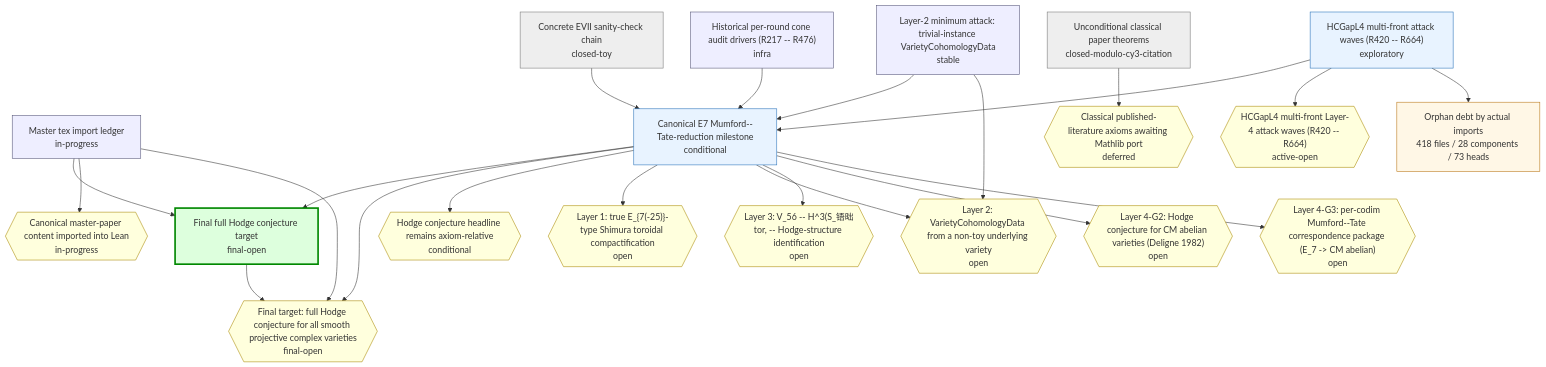
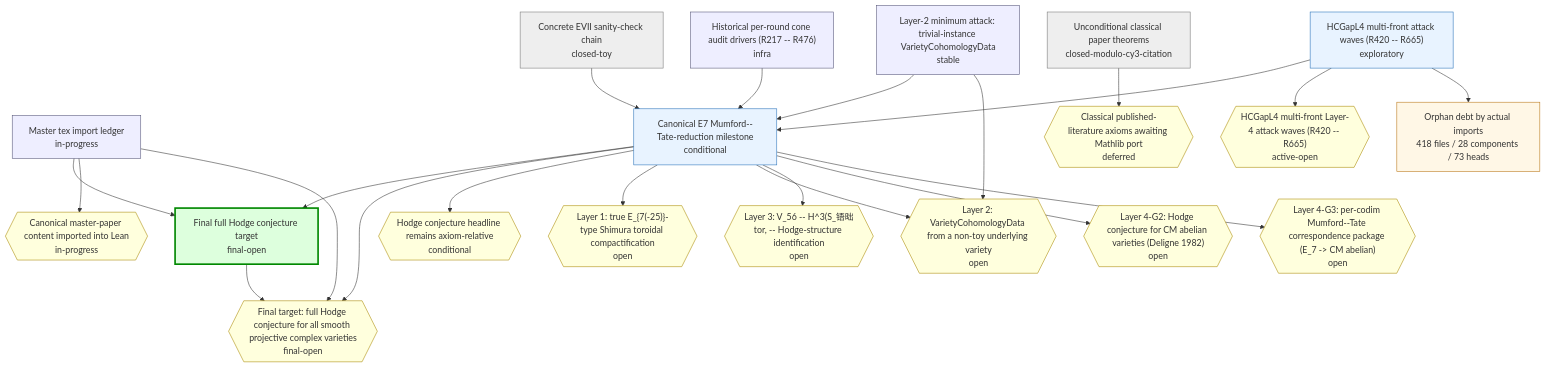
One commit to crabsatellite/hodge-conjecture-lean4-formalization changed the first of 2 diagrams in chain-status/research-map.md. Above: the diagram before and after it, drawn with Mermaid. The commit also changed other lines of this file and 8 other files, not shown here.

````diff
--- a/chain-status/research-map.md
+++ b/chain-status/research-map.md
@@ -46,54 +46,54 @@
 ```mermaid
 graph TD
   classDef main fill:#dfd,stroke:#080,stroke-width:3px
   classDef active fill:#e8f3ff,stroke:#2670b8
   classDef support fill:#eef,stroke:#557
   classDef closed fill:#eee,stroke:#777
   classDef dead fill:#fdd,stroke:#a00,stroke-width:2px
   classDef gapOpen fill:#ffd,stroke:#a80
   classDef gapClosed fill:#eee,stroke:#777
   classDef gapDead fill:#fdd,stroke:#a00
   classDef debt fill:#fff7e6,stroke:#b87514
   classDef debtTaxonomy fill:#e8f3ff,stroke:#2670b8,stroke-dasharray:3 3
   classDef debtRule fill:#eefbea,stroke:#398439,stroke-dasharray:3 3
   classDef debtDead fill:#fdd,stroke:#a00,stroke-dasharray:3 3
   chain_full_hc_final_target["Final full Hodge conjecture target\nfinal-open"]:::main
   chain_master_paper_import_ledger["Master tex import ledger\nin-progress"]:::support
   chain_main_hc_axiom_relative["Canonical E7 Mumford--Tate-reduction milestone\nconditional"]:::active
   chain_unconditional_classical["Unconditional classical paper theorems\nclosed-modulo-cy3-citation"]:::closed
   chain_hcgap_l2_trivial_instances["Layer-2 minimum attack: trivial-instance VarietyCohomologyData\nstable"]:::support
-  chain_hcgap_l4_multifront_active["HCGapL4 multi-front attack waves (R420 -- R664)\nexploratory"]:::active
+  chain_hcgap_l4_multifront_active["HCGapL4 multi-front attack waves (R420 -- R665)\nexploratory"]:::active
   chain_concrete_evii_toy["Concrete EVII sanity-check chain\nclosed-toy"]:::closed
   chain_historical_cone_audits["Historical per-round cone audit drivers (R217 -- R476)\ninfra"]:::support
   gap_G_full_hc{{"Final target: full Hodge conjecture for all smooth projective complex varieties\nfinal-open"}}:::gapOpen
   gap_G_master_paper_import{{"Canonical master-paper content imported into Lean\nin-progress"}}:::gapOpen
   gap_G_main_hc{{"Hodge conjecture headline remains axiom-relative\nconditional"}}:::gapOpen
   gap_G_l1_e7_shimura_tor{{"Layer 1: true E_{7(-25)}-type Shimura toroidal compactification\nopen"}}:::gapOpen
   gap_G_l2_cohomology_construction{{"Layer 2: VarietyCohomologyData from a non-toy underlying variety\nopen"}}:::gapOpen
   gap_G_l3_v56_mt_identification{{"Layer 3: V_56 -- H^3(S_铻昢tor, -- Hodge-structure identification\nopen"}}:::gapOpen
   gap_G_l4_cm_abelian_hc{{"Layer 4-G2: Hodge conjecture for CM abelian varieties (Deligne 1982)\nopen"}}:::gapOpen
   gap_G_l4_mt_correspondence{{"Layer 4-G3: per-codim Mumford--Tate correspondence package (E_7 -> CM abelian)\nopen"}}:::gapOpen
   gap_G_classical_mathlib_port{{"Classical published-literature axioms awaiting Mathlib port\ndeferred"}}:::gapOpen
-  gap_G_hcgap_l4_multifront{{"HCGapL4 multi-front Layer-4 attack waves (R420 -- R664)\nactive-open"}}:::gapOpen
+  gap_G_hcgap_l4_multifront{{"HCGapL4 multi-front Layer-4 attack waves (R420 -- R665)\nactive-open"}}:::gapOpen
   chain_full_hc_final_target --> gap_G_full_hc
   chain_master_paper_import_ledger --> chain_full_hc_final_target
   chain_master_paper_import_ledger --> gap_G_master_paper_import
   chain_master_paper_import_ledger --> gap_G_full_hc
   chain_main_hc_axiom_relative --> chain_full_hc_final_target
   chain_main_hc_axiom_relative --> gap_G_full_hc
   chain_main_hc_axiom_relative --> gap_G_main_hc
   chain_main_hc_axiom_relative --> gap_G_l1_e7_shimura_tor
   chain_main_hc_axiom_relative --> gap_G_l2_cohomology_construction
   chain_main_hc_axiom_relative --> gap_G_l3_v56_mt_identification
   chain_main_hc_axiom_relative --> gap_G_l4_cm_abelian_hc
   chain_main_hc_axiom_relative --> gap_G_l4_mt_correspondence
   chain_unconditional_classical --> gap_G_classical_mathlib_port
   chain_hcgap_l2_trivial_instances --> chain_main_hc_axiom_relative
   chain_hcgap_l2_trivial_instances --> gap_G_l2_cohomology_construction
   chain_hcgap_l4_multifront_active --> chain_main_hc_axiom_relative
   chain_hcgap_l4_multifront_active --> gap_G_hcgap_l4_multifront
   chain_concrete_evii_toy --> chain_main_hc_axiom_relative
   chain_historical_cone_audits --> chain_main_hc_axiom_relative
   debt_all["Orphan debt by actual imports\n418 files / 28 components / 73 heads"]:::debt
   chain_hcgap_l4_multifront_active --> debt_all
 ```
````
